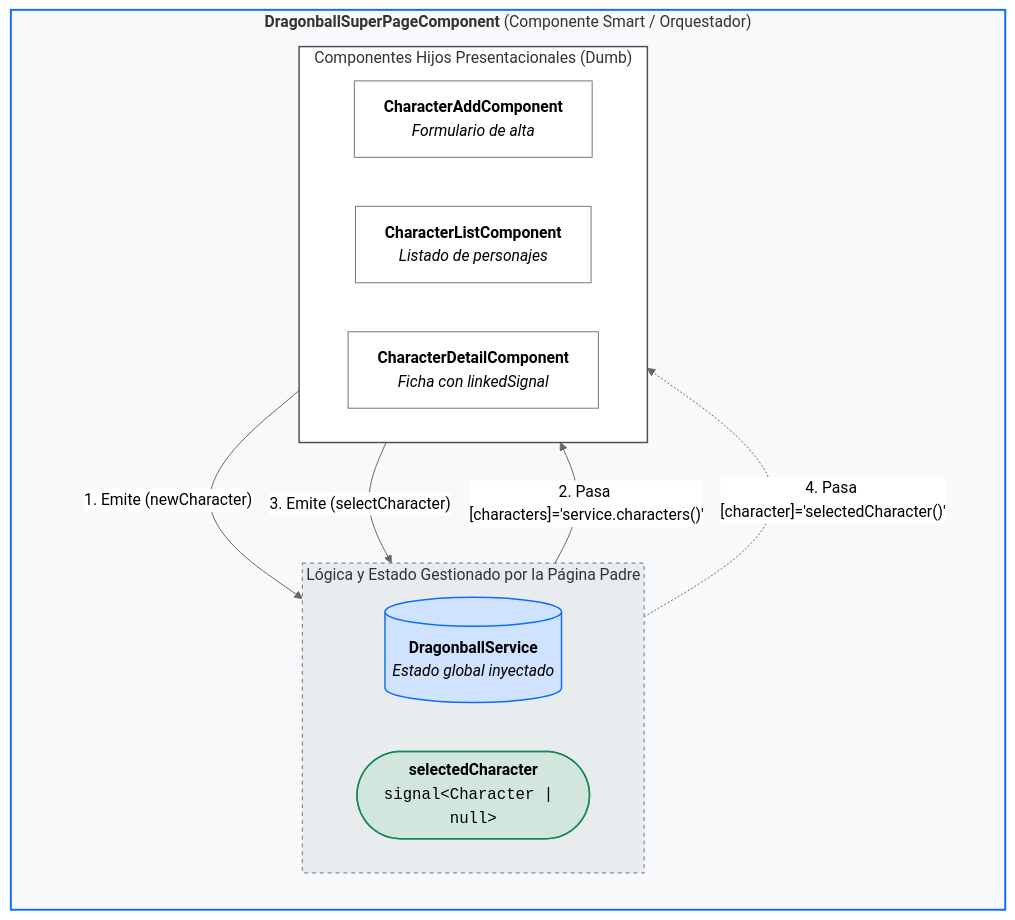
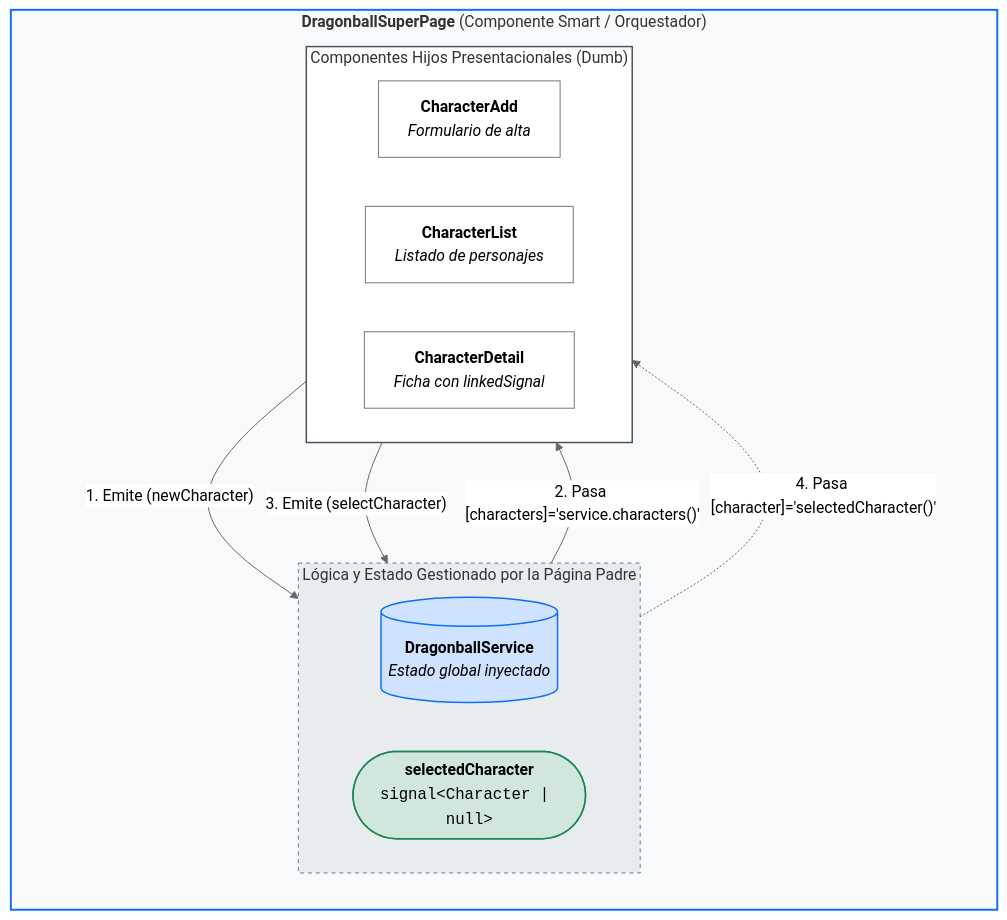
One commit to Jose-Quesada/materiales_angular changed the fourth of 6 diagrams in docs/05-expandir-bases.md. Above: the diagram before and after it, drawn with Mermaid (neutral theme). The commit also changed other lines of this file and 37 other files, not shown here.

````diff
--- a/docs/05-expandir-bases.md
+++ b/docs/05-expandir-bases.md
@@ -1414,40 +1414,40 @@
 ``` mermaid
 flowchart TD
-    subgraph Smart ["<b>DragonballSuperPageComponent</b> (Componente Smart / Orquestador)"]
+    subgraph Smart ["<b>DragonballSuperPage</b> (Componente Smart / Orquestador)"]
         direction TB
 
         subgraph EstadoPadre ["Lógica y Estado Gestionado por la Página Padre"]
             direction LR
             Service[("<b>DragonballService</b><br/><i>Estado global inyectado</i>")]
             SelectedSignal(["<b>selectedCharacter</b><br/><code>signal&lt;Character | null&gt;</code>"])
         end
 
         subgraph Dumb ["Componentes Hijos Presentacionales (Dumb)"]
             direction LR
-            AddComp["<b>CharacterAddComponent</b><br/><i>Formulario de alta</i>"]
-            ListComp["<b>CharacterListComponent</b><br/><i>Listado de personajes</i>"]
-            DetailComp["<b>CharacterDetailComponent</b><br/><i>Ficha con linkedSignal</i>"]
+            AddComp["<b>CharacterAdd</b><br/><i>Formulario de alta</i>"]
+            ListComp["<b>CharacterList</b><br/><i>Listado de personajes</i>"]
+            DetailComp["<b>CharacterDetail</b><br/><i>Ficha con linkedSignal</i>"]
         end
 
         %% 1. Alta de personaje
         AddComp -- "1. Emite (newCharacter)" --> Service
 
         %% 2. Suministro de datos a la lista
         Service -- "2. Pasa [characters]='service.characters()'" --> ListComp
 
         %% 3. Selección de personaje
         ListComp -- "3. Emite (selectCharacter)" --> SelectedSignal
 
         %% 4. Paso del personaje seleccionado al detalle
         SelectedSignal -. "4. Pasa [character]='selectedCharacter()'" .-> DetailComp
     end
 
     style Smart fill:#f8f9fa,stroke:#0d6efd,stroke-width:2px
     style EstadoPadre fill:#e9ecef,stroke:#6c757d,stroke-dasharray: 4 4
     style Dumb fill:#ffffff,stroke:#495057,stroke-width:1.5px
     style Service fill:#cfe2ff,stroke:#0d6efd,stroke-width:1.5px
     style SelectedSignal fill:#d1e7dd,stroke:#198754,stroke-width:1.5px
     style AddComp fill:#ffffff,stroke:#6c757d
     style ListComp fill:#ffffff,stroke:#6c757d
     style DetailComp fill:#ffffff,stroke:#6c757d
 ```
````
